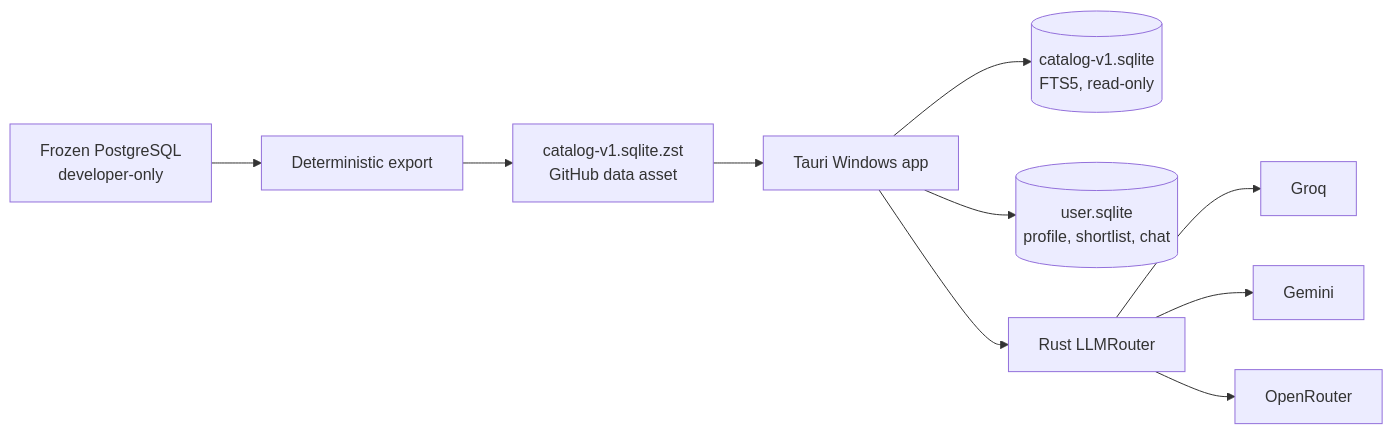
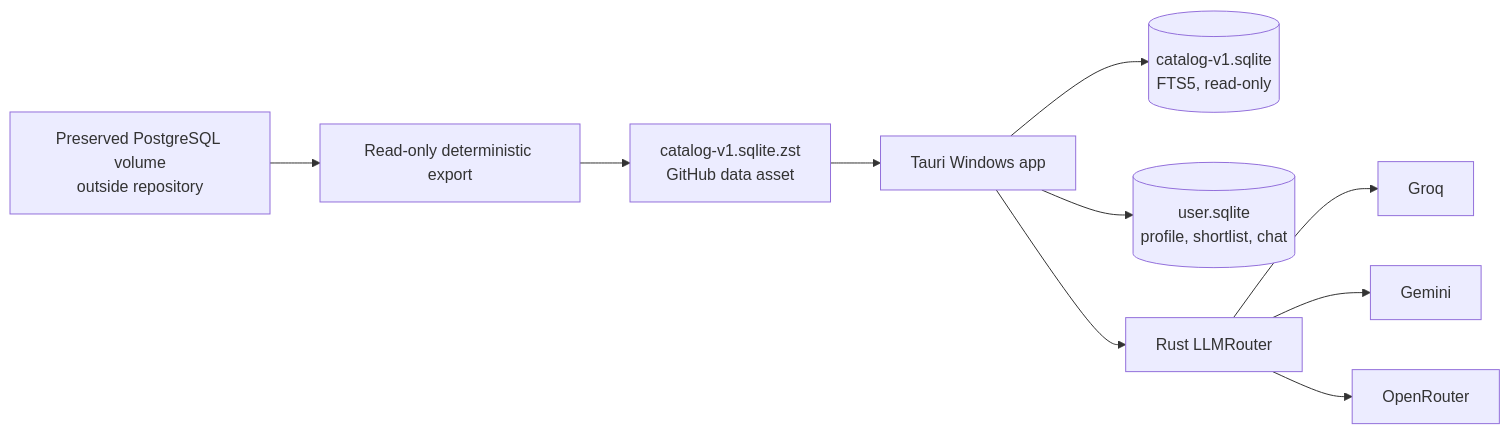
The diagram in docs/PLAN.md (emmzde/GiveMeJob), drawn with Mermaid before and after one commit. The commit also changed other lines of this file and 183 other files, not shown here.

````diff
--- a/docs/PLAN.md
+++ b/docs/PLAN.md
@@ -33,12 +33,12 @@
 ```mermaid
 flowchart LR
-    PG["Frozen PostgreSQL<br/>developer-only"] --> EXPORT["Deterministic export"]
+    PG["Preserved PostgreSQL volume<br/>outside repository"] --> EXPORT["Read-only deterministic export"]
     EXPORT --> ARTIFACT["catalog-v1.sqlite.zst<br/>GitHub data asset"]
     ARTIFACT --> APP["Tauri Windows app"]
     APP --> CATALOG[("catalog-v1.sqlite<br/>FTS5, read-only")]
     APP --> USER[("user.sqlite<br/>profile, shortlist, chat")]
     APP --> ROUTER["Rust LLMRouter"]
     ROUTER --> GROQ["Groq"]
     ROUTER --> GEMINI["Gemini"]
     ROUTER --> OR["OpenRouter"]
 ```
````
